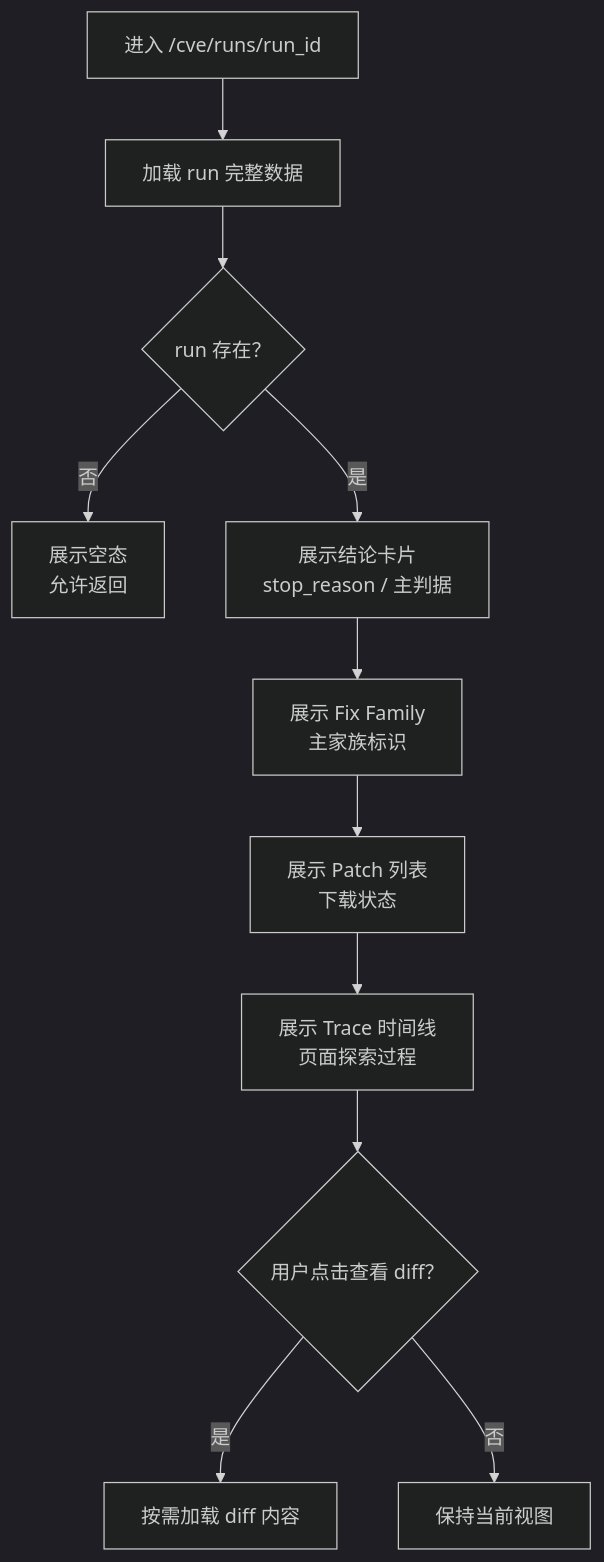
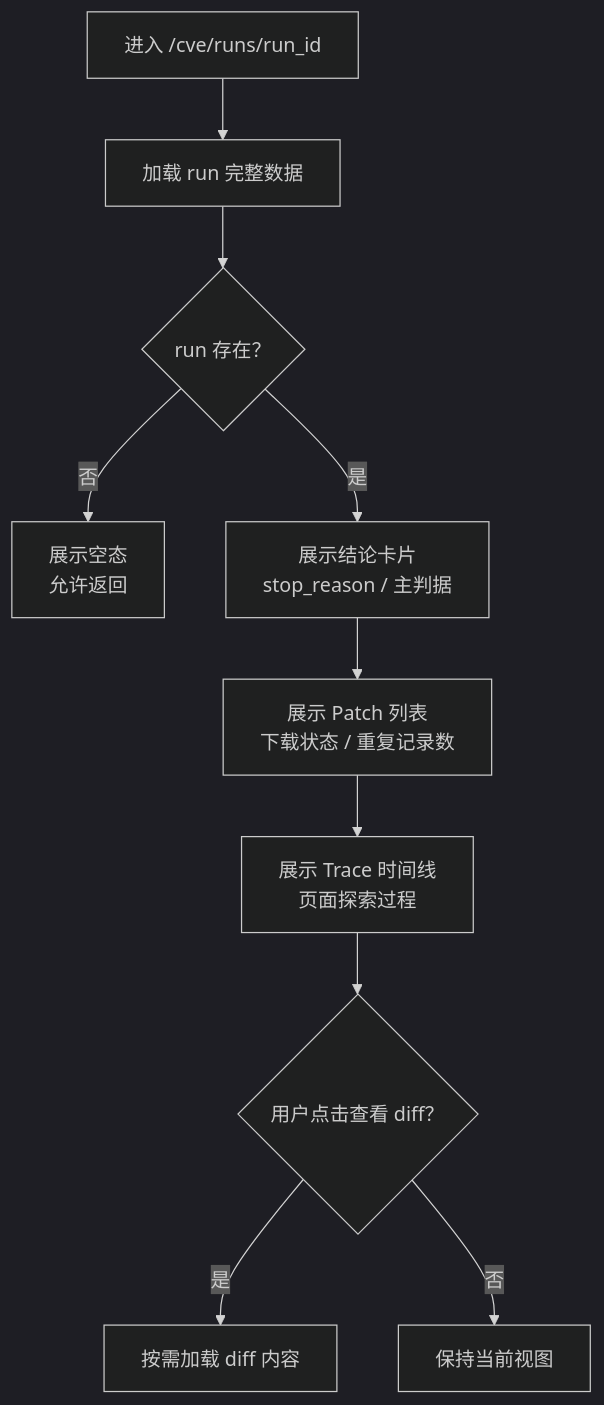
The diagram in docs/04-功能设计/M102-CVE运行详情与补丁证据功能设计.md (coeoo/AetherFlow), drawn with Mermaid (dark theme) before and after one commit. The commit also changed other lines of this file and 32 other files, not shown here.

````diff
--- a/docs/04-功能设计/M102-CVE运行详情与补丁证据功能设计.md
+++ b/docs/04-功能设计/M102-CVE运行详情与补丁证据功能设计.md
@@ -55,13 +54,12 @@
 ```mermaid
 flowchart TD
     A["进入 /cve/runs/run_id"] --> B["加载 run 完整数据"]
     B --> C{"run 存在？"}
     C -->|否| D["展示空态\n允许返回"]
     C -->|是| E["展示结论卡片\nstop_reason / 主判据"]
-    E --> F["展示 Fix Family\n主家族标识"]
-    F --> G["展示 Patch 列表\n下载状态"]
-    G --> H["展示 Trace 时间线\n页面探索过程"]
-    H --> I{"用户点击查看 diff？"}
-    I -->|是| J["按需加载 diff 内容"]
-    I -->|否| K["保持当前视图"]
+    E --> F["展示 Patch 列表\n下载状态 / 重复记录数"]
+    F --> G["展示 Trace 时间线\n页面探索过程"]
+    G --> H{"用户点击查看 diff？"}
+    H -->|是| I["按需加载 diff 内容"]
+    H -->|否| J["保持当前视图"]
 ```
````
